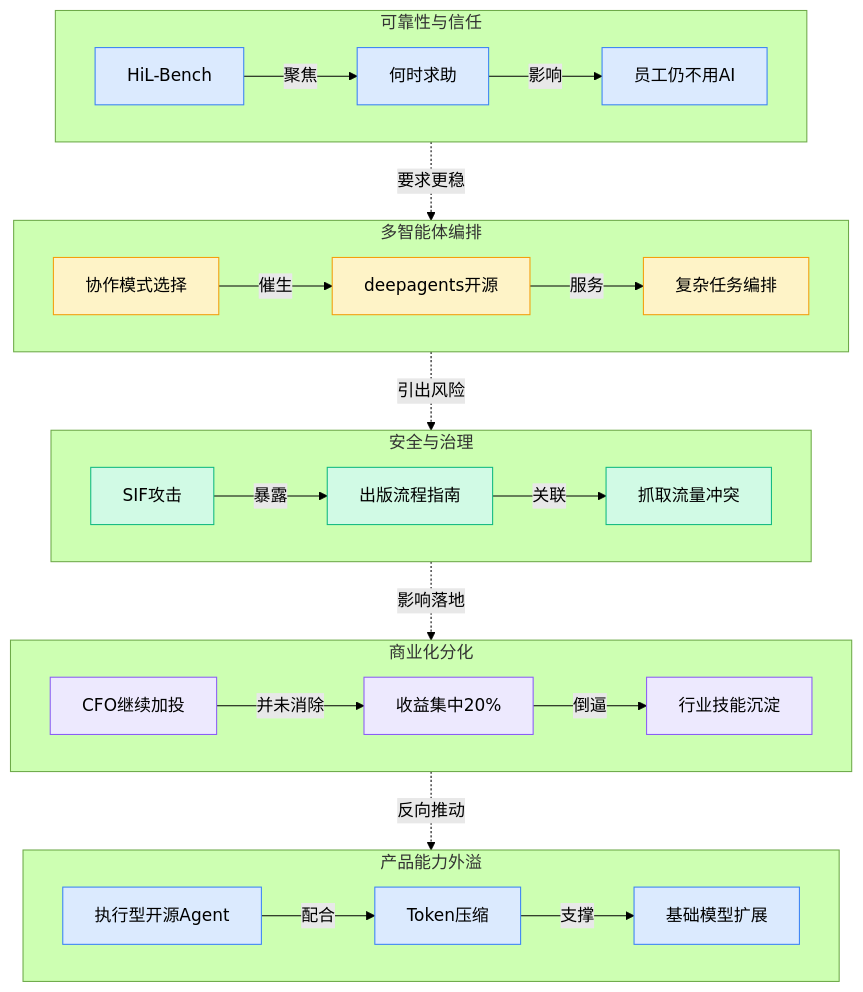
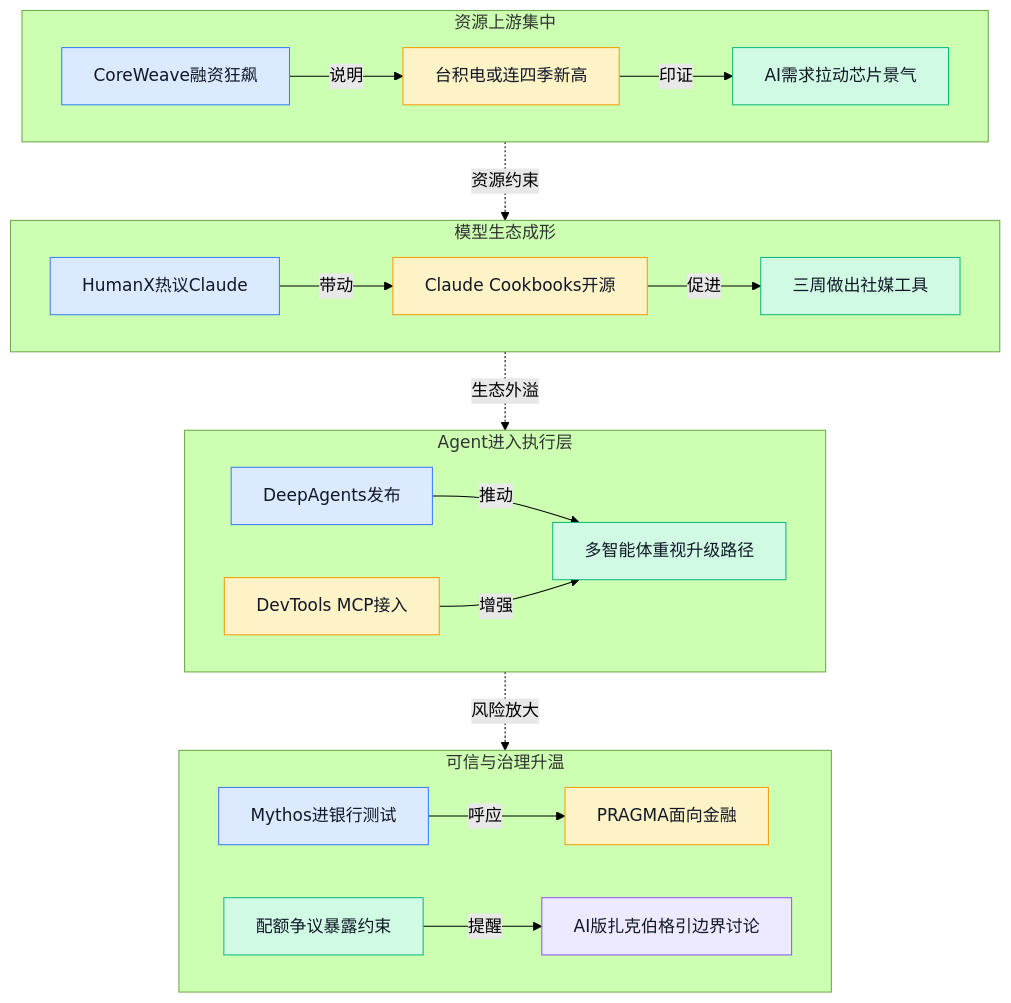
One commit to ylzsdafei/ai-daily-site changed the eighth of 8 diagrams in content/cn/blog/weekly/2026-W16.md. Above: the diagram before and after it, drawn with Mermaid (forest theme). The commit also changed other lines of this file and 1 other file, not shown here.

````diff
--- a/content/cn/blog/weekly/2026-W16.md
+++ b/content/cn/blog/weekly/2026-W16.md
@@ -248,51 +237,52 @@
 ```mermaid
 graph TD
-subgraph T1[可靠性与信任]
-A1[HiL-Bench]
-A2[何时求助]
-A3[员工仍不用AI]
+subgraph T1[资源上游集中]
+A1[CoreWeave融资狂飙]
+A2[台积电或连四季新高]
+A3[AI需求拉动芯片景气]
 end
-subgraph T2[多智能体编排]
-B1[协作模式选择]
-B2[deepagents开源]
-B3[复杂任务编排]
+subgraph T2[模型生态成形]
+B1[HumanX热议Claude]
+B2[Claude Cookbooks开源]
+B3[三周做出社媒工具]
 end
-subgraph T3[安全与治理]
-C1[SIF攻击]
-C2[出版流程指南]
-C3[抓取流量冲突]
+subgraph T3[Agent进入执行层]
+C1[DeepAgents发布]
+C2[DevTools MCP接入]
+C3[多智能体重视升级路径]
 end
-subgraph T4[商业化分化]
-D1[CFO继续加投]
-D2[收益集中20%]
-D3[行业技能沉淀]
+subgraph T4[可信与治理升温]
+D1[Mythos进银行测试]
+D2[PRAGMA面向金融]
+D3[配额争议暴露约束]
+D4[AI版扎克伯格引边界讨论]
 end
-subgraph T5[产品能力外溢]
-E1[执行型开源Agent]
-E2[Token压缩]
-E3[基础模型扩展]
-end
-A1 -->|聚焦| A2
-A2 -->|影响| A3
-B1 -->|催生| B2
-B2 -->|服务| B3
-C1 -->|暴露| C2
-C2 -->|关联| C3
-D1 -->|并未消除| D2
-D2 -->|倒逼| D3
-E1 -->|配合| E2
-E2 -->|支撑| E3
-T1 -.->|要求更稳| T2
-T2 -.->|引出风险| T3
-T3 -.->|影响落地| T4
-T4 -.->|反向推动| T5
-classDef blue fill:#dbeafe,stroke:#3b82f6
-classDef yellow fill:#fef3c7,stroke:#f59e0b
-classDef green fill:#d1fae5,stroke:#10b981
-classDef purple fill:#ede9fe,stroke:#8b5cf6
-class A1,A2,A3 blue
-class B1,B2,B3 yellow
-class C1,C2,C3 green
-class D1,D2,D3 purple
-class E1,E2,E3 blue
+A1 -->|说明| A2
+A2 -->|印证| A3
+B1 -->|带动| B2
+B2 -->|促进| B3
+C1 -->|推动| C3
+C2 -->|增强| C3
+D1 -->|呼应| D2
+D3 -->|提醒| D4
+T1 -.->|资源约束| T2
+T2 -.->|生态外溢| T3
+T3 -.->|风险放大| T4
+A1:::blue
+A2:::yellow
+A3:::green
+B1:::blue
+B2:::yellow
+B3:::green
+C1:::blue
+C2:::yellow
+C3:::green
+D1:::blue
+D2:::yellow
+D3:::green
+D4:::purple
+classDef blue fill:#dbeafe,stroke:#3b82f6,color:#111827
+classDef yellow fill:#fef3c7,stroke:#f59e0b,color:#111827
+classDef green fill:#d1fae5,stroke:#10b981,color:#111827
+classDef purple fill:#ede9fe,stroke:#8b5cf6,color:#111827
 ```
````
